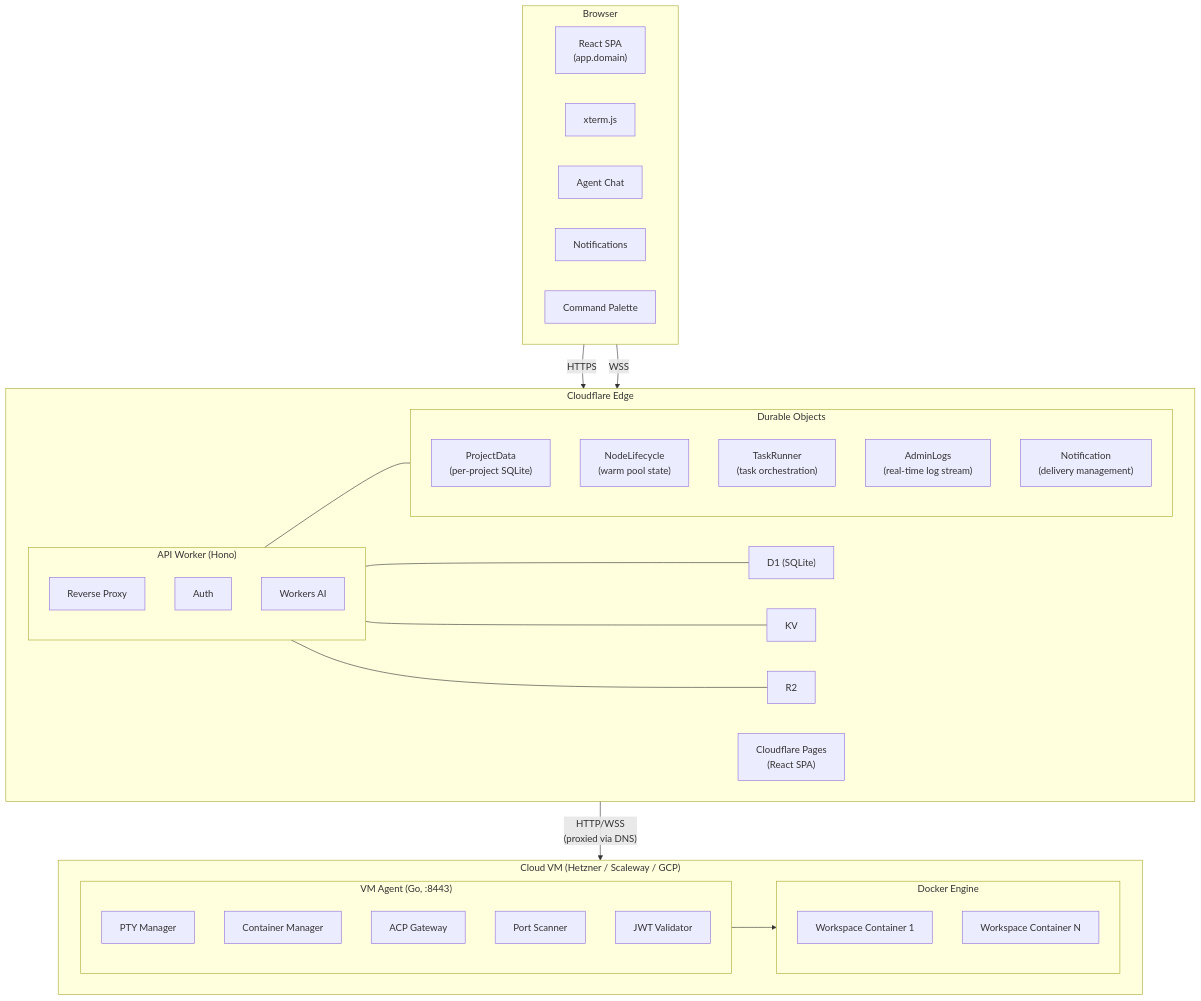
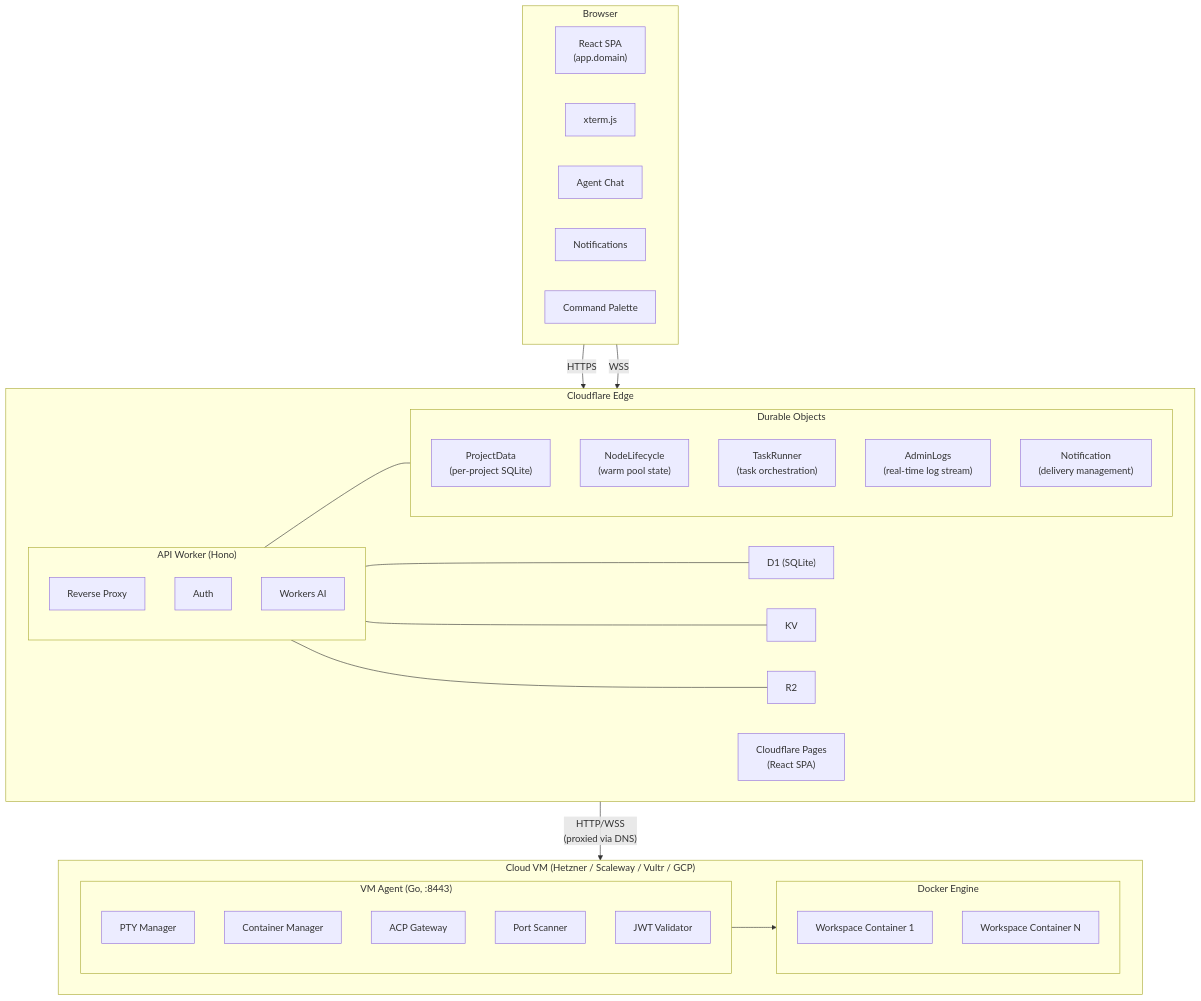
One commit to raphaeltm/simple-agent-manager changed the first of 5 diagrams in apps/www/src/content/docs/docs/architecture/overview.md. Above: the diagram before and after it, drawn with Mermaid. The commit also changed other lines of this file and 82 other files, not shown here.

First line of the commit message:
feat(providers): add Vultr as a fourth cloud provider (infra + deployment volumes) (#1663)

````diff
--- a/apps/www/src/content/docs/docs/architecture/overview.md
+++ b/apps/www/src/content/docs/docs/architecture/overview.md
@@ -12,52 +12,52 @@
 ```mermaid
 graph TD
     subgraph Browser
         SPA["React SPA<br/>(app.domain)"]
         XTERM["xterm.js"]
         CHAT["Agent Chat"]
         NOTIF["Notifications"]
         CMDK["Command Palette"]
     end
 
     subgraph CF["Cloudflare Edge"]
         subgraph Worker["API Worker (Hono)"]
             PROXY["Reverse Proxy"]
             AUTH["Auth"]
             AI["Workers AI"]
         end
         D1["D1 (SQLite)"]
         KV["KV"]
         R2["R2"]
         PAGES["Cloudflare Pages<br/>(React SPA)"]
         subgraph DOs["Durable Objects"]
             PD["ProjectData<br/>(per-project SQLite)"]
             NL["NodeLifecycle<br/>(warm pool state)"]
             TR["TaskRunner<br/>(task orchestration)"]
             AL["AdminLogs<br/>(real-time log stream)"]
             NO["Notification<br/>(delivery management)"]
         end
         Worker --- D1
         Worker --- KV
         Worker --- R2
         Worker --- DOs
     end
 
-    subgraph VM["Cloud VM (Hetzner / Scaleway / GCP)"]
+    subgraph VM["Cloud VM (Hetzner / Scaleway / Vultr / GCP)"]
         subgraph AGENT["VM Agent (Go, :8443)"]
             PTY["PTY Manager"]
             CM["Container Manager"]
             ACP["ACP Gateway"]
             PS["Port Scanner"]
             JWT["JWT Validator"]
         end
         subgraph DOCKER["Docker Engine"]
             WS1["Workspace Container 1"]
             WSN["Workspace Container N"]
         end
         AGENT --> DOCKER
     end
 
     Browser -- "HTTPS" --> CF
     Browser -- "WSS" --> CF
     CF -- "HTTP/WSS<br/>(proxied via DNS)" --> VM
 ```
````
